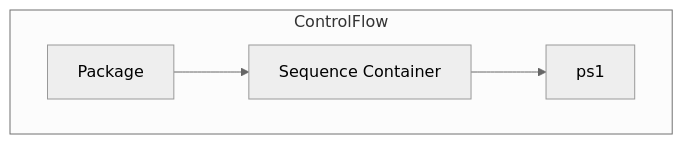
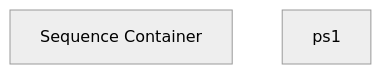
The diagram in bab-docs-explorer/Documentation/STL-SSIS-P-01/SSIS/HR/gpgTest.Package.md (juanandresbrain/BABSkills), drawn with Mermaid (neutral theme) before and after one commit. The commit also changed other lines of this file and 273 other files, not shown here.

````diff
--- a/bab-docs-explorer/Documentation/STL-SSIS-P-01/SSIS/HR/gpgTest.Package.md
+++ b/bab-docs-explorer/Documentation/STL-SSIS-P-01/SSIS/HR/gpgTest.Package.md
@@ -9,10 +28,5 @@
 ```mermaid
 flowchart TD
-    subgraph ControlFlow
-        Package_task["Package"]
-        Sequence_Container_task["Sequence Container"]
-        Package_task --> Sequence_Container_task
-        ps1_task["ps1"]
-        Sequence_Container_task --> ps1_task
-    end
+    n_Package_Sequence_Container["Sequence Container"]
+    n_Package_Sequence_Container_ps1["ps1"]
 ```
````
